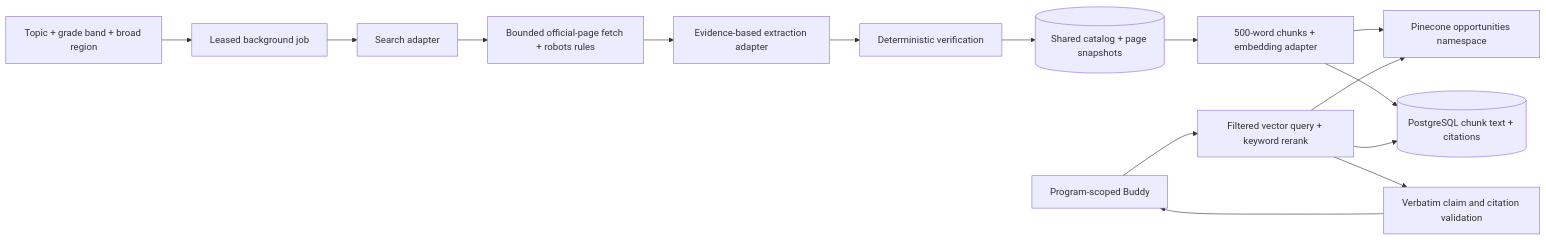
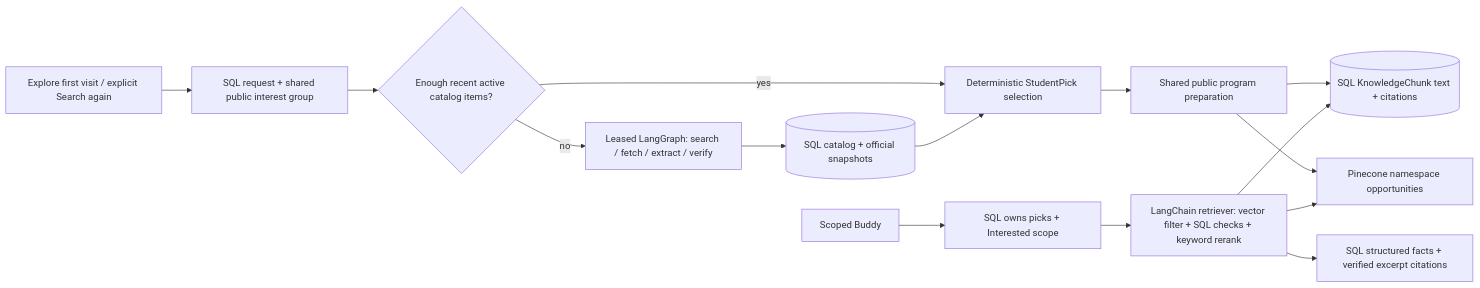
One commit to vgajula-gh/Pathway-ai changed the second of 2 diagrams in docs/04-ARCHITECTURE.md. Above: the diagram before and after it, drawn with Mermaid. The commit also changed other lines of this file and 10 other files, not shown here.

Commit message:
Document the rebuilt student screens, scoped RAG, and Replit rollout

````diff
--- a/docs/04-ARCHITECTURE.md
+++ b/docs/04-ARCHITECTURE.md
@@ -97,17 +95,17 @@
 ```mermaid
 flowchart LR
-  G[Topic + grade band + broad region] --> J[Leased background job]
-  J --> S[Search adapter]
-  S --> F[Bounded official-page fetch + robots rules]
-  F --> X[Evidence-based extraction adapter]
-  X --> V[Deterministic verification]
-  V --> C[(Shared catalog + page snapshots)]
-  C --> K[500-word chunks + embedding adapter]
-  K --> P[Pinecone opportunities namespace]
-  K --> DB[(PostgreSQL chunk text + citations)]
-  B[Program-scoped Buddy] --> R[Filtered vector query + keyword rerank]
-  R --> P
-  R --> DB
-  R --> Q[Verbatim claim and citation validation]
-  Q --> B
+  E[Explore first visit / explicit Search again] --> Q[SQL request + shared public interest group]
+  Q --> C{Enough recent active catalog items?}
+  C -->|yes| P[Deterministic StudentPick selection]
+  C -->|no| G[Leased LangGraph: search / fetch / extract / verify]
+  G --> S[(SQL catalog + official snapshots)]
+  S --> P
+  P --> K[Shared public program preparation]
+  K --> D[(SQL KnowledgeChunk text + citations)]
+  K --> V[Pinecone namespace opportunities]
+  B[Scoped Buddy] --> A[SQL owns picks + Interested scope]
+  A --> R[LangChain retriever: vector filter + SQL checks + keyword rerank]
+  R --> V
+  R --> D
+  R --> F[SQL structured facts + verified excerpt citations]
 ```
````
